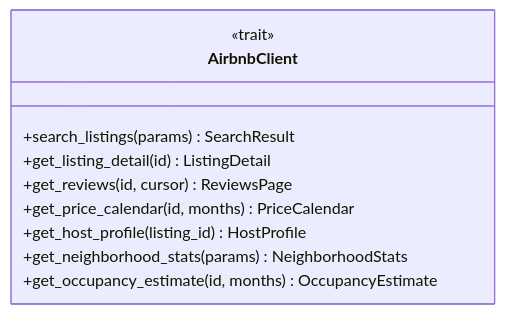
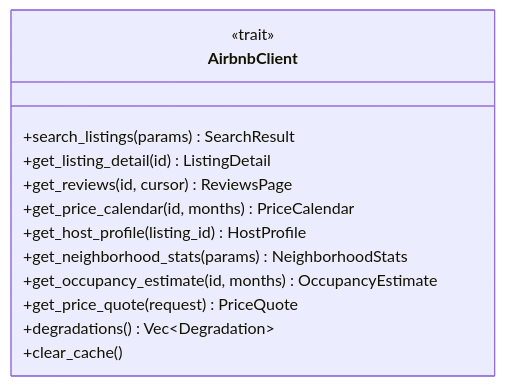
One commit to muchiny/mcp-airbnb changed the first of 2 diagrams in src/ports/README.md. Above: the diagram before and after it, drawn with Mermaid. The commit also changed other lines of this file and 97 other files, not shown here.

````diff
--- a/src/ports/README.md
+++ b/src/ports/README.md
@@ -24,13 +26,16 @@
 ```mermaid
 classDiagram
     class AirbnbClient {
         <<trait>>
         +search_listings(params) SearchResult
         +get_listing_detail(id) ListingDetail
         +get_reviews(id, cursor) ReviewsPage
         +get_price_calendar(id, months) PriceCalendar
         +get_host_profile(listing_id) HostProfile
         +get_neighborhood_stats(params) NeighborhoodStats
         +get_occupancy_estimate(id, months) OccupancyEstimate
+        +get_price_quote(request) PriceQuote
+        +degradations() Vec~Degradation~
+        +clear_cache()
     }
 ```
````
